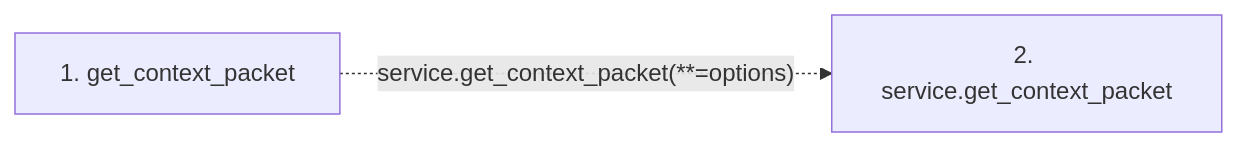
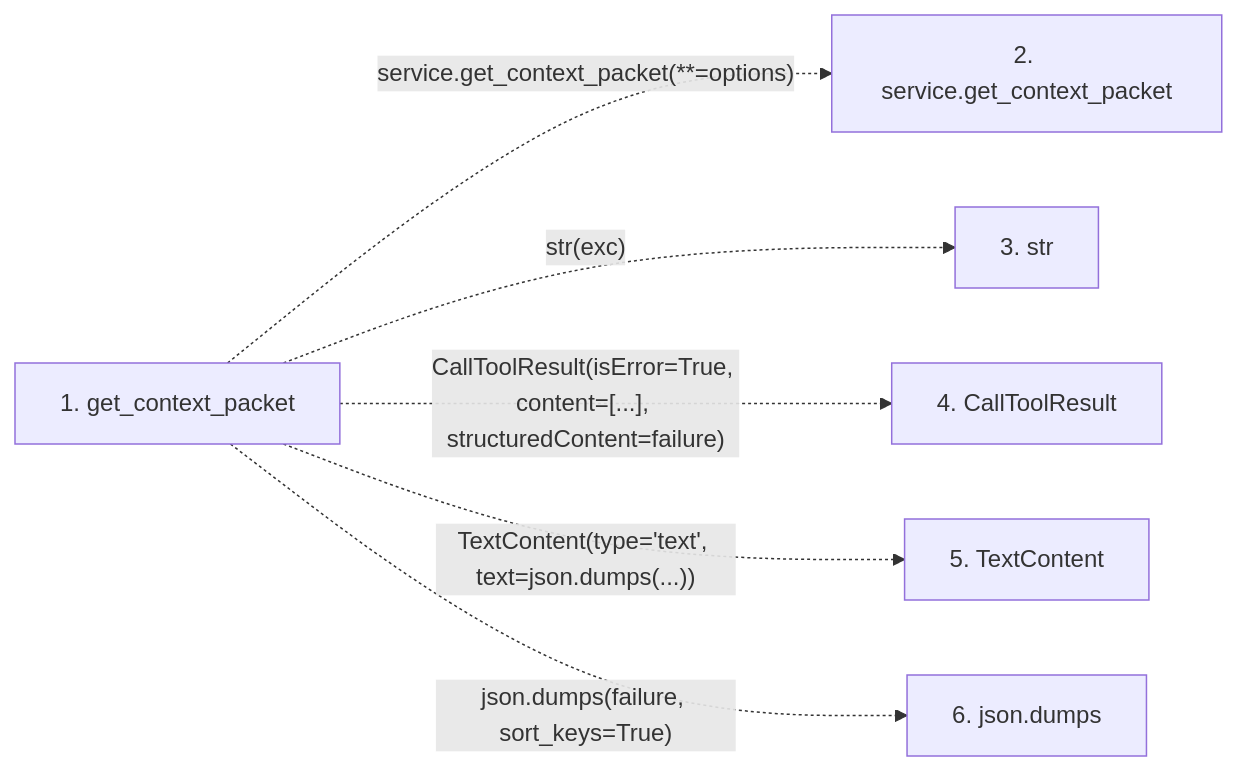
One commit to Denissvgn/python-wiki-llm changed the second of 2 diagrams in docs/llm_wiki/flows/mcp-get_context_packet.md. Above: the diagram before and after it, drawn with Mermaid. The commit also changed other lines of this file and 95 other files, not shown here.

````diff
--- a/docs/llm_wiki/flows/mcp-get_context_packet.md
+++ b/docs/llm_wiki/flows/mcp-get_context_packet.md
@@ -20,7 +28,15 @@
 ```mermaid
 flowchart LR
     s1["1. get_context_packet"]
     s2["2. service.get_context_packet"]
+    s3["3. str"]
+    s4["4. CallToolResult"]
+    s5["5. TextContent"]
+    s6["6. json.dumps"]
     s1 -. "service.get_context_packet(**=options)" .-> s2
+    s1 -. "str(exc)" .-> s3
+    s1 -. "CallToolResult(isError=True, content=[...], structuredContent=failure)" .-> s4
+    s1 -. "TextContent(type='text', text=json.dumps(...))" .-> s5
+    s1 -. "json.dumps(failure, sort_keys=True)" .-> s6
     click s1 "../modules/mcp_server.md"
 ```
````
